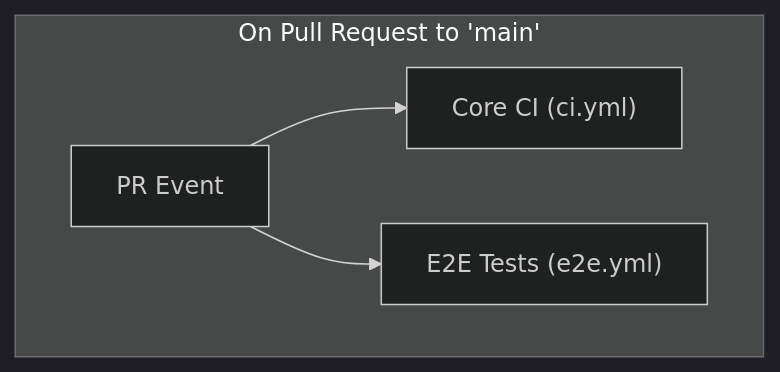
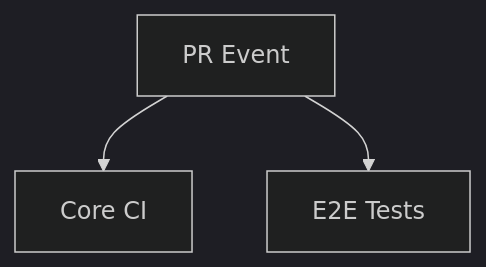
Before and after one commit to MrT3313/CREATE-ELECTRON-FOUNDATION: the first of 3 diagrams in .github/diagram.md, drawn with Mermaid (dark theme). The commit also changed other lines of this file and 2 other files, not shown here.

````diff
--- a/.github/diagram.md
+++ b/.github/diagram.md
@@ -9,8 +11,5 @@
 ```mermaid
 graph TD;
-    subgraph "On Pull Request to 'main'";
-        direction LR
-        A[PR Event] --> B["Core CI (ci.yml)"];
-        A --> C["E2E Tests (e2e.yml)"];
-    end
+    A[PR Event] --> B[Core CI];
+    A --> C[E2E Tests];
 ```
````
